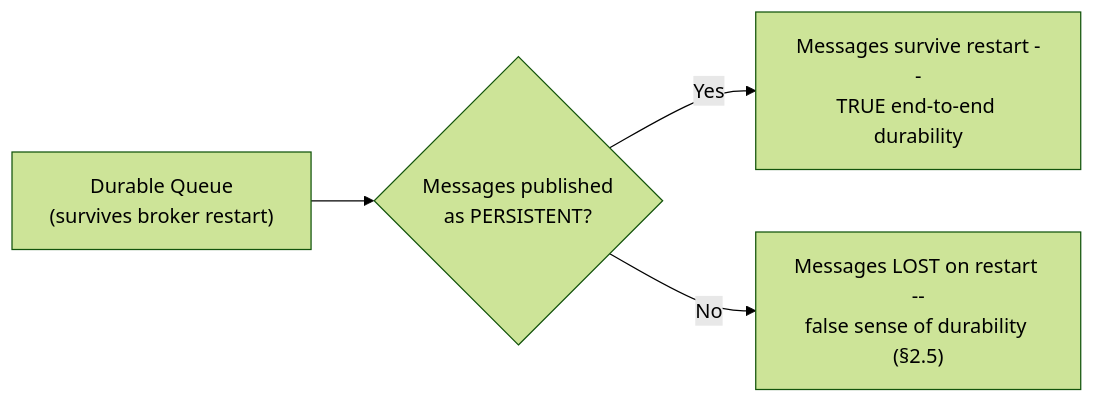
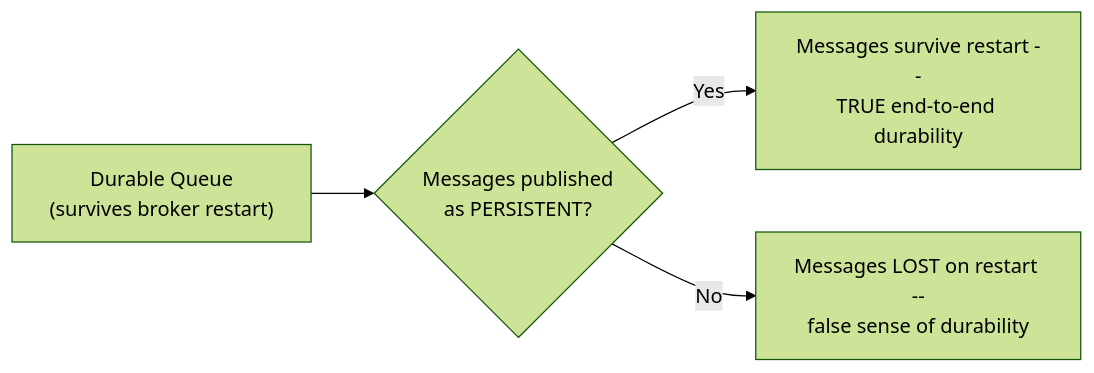
Before and after one commit to umashankarp/InterviewQuestions: the third of 3 diagrams in 20-RabbitMQ/01-Exchanges-Queues-Routing-Acknowledgment.md, drawn with Mermaid (forest theme). The commit also changed other lines of this file and 173 other files, not shown here.

````diff
--- a/20-RabbitMQ/01-Exchanges-Queues-Routing-Acknowledgment.md
+++ b/20-RabbitMQ/01-Exchanges-Queues-Routing-Acknowledgment.md
@@ -84,6 +84,6 @@
 ```mermaid
 graph LR
-    DQ["Durable Queue<br/>(survives broker restart)"] --> Check{"Messages published<br/>as PERSISTENT?"}
-    Check -->|"Yes"| Safe["Messages survive restart --<br/>TRUE end-to-end durability"]
-    Check -->|"No"| Lost["Messages LOST on restart --<br/>false sense of durability (§2.5)"]
+ DQ["Durable Queue<br/>(survives broker restart)"] --> Check{"Messages published<br/>as PERSISTENT?"}
+ Check -->|"Yes"| Safe["Messages survive restart --<br/>TRUE end-to-end durability"]
+ Check -->|"No"| Lost["Messages LOST on restart --<br/>false sense of durability"]
 ```
````
